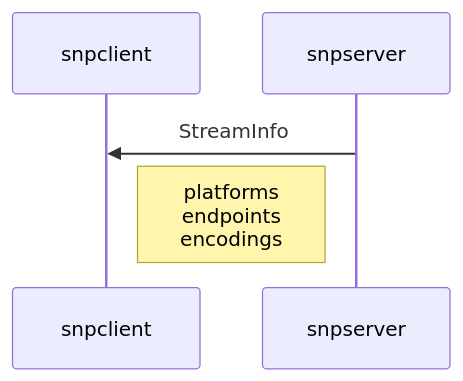
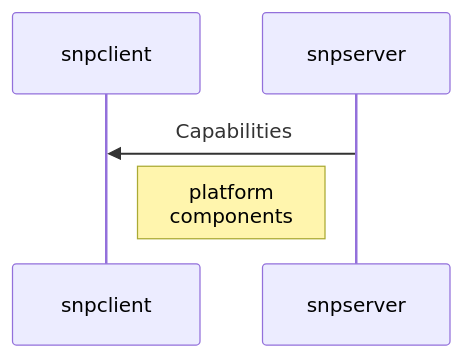
The third of 6 diagrams in README.md (martin19/snpserver), drawn with Mermaid before and after one commit. The commit also changed other lines of this file and 1 other file, not shown here.

````diff
--- a/README.md
+++ b/README.md
@@ -104,7 +98,7 @@
 ```mermaid
 sequenceDiagram    
     participant snpclient
     participant snpserver    
-    snpserver->>snpclient: StreamInfo 
-    Note right of snpclient: platforms <br> endpoints <br> encodings                     
+    snpserver->>snpclient: Capabilities 
+    Note right of snpclient: platform <br> components                     
 ```
````
